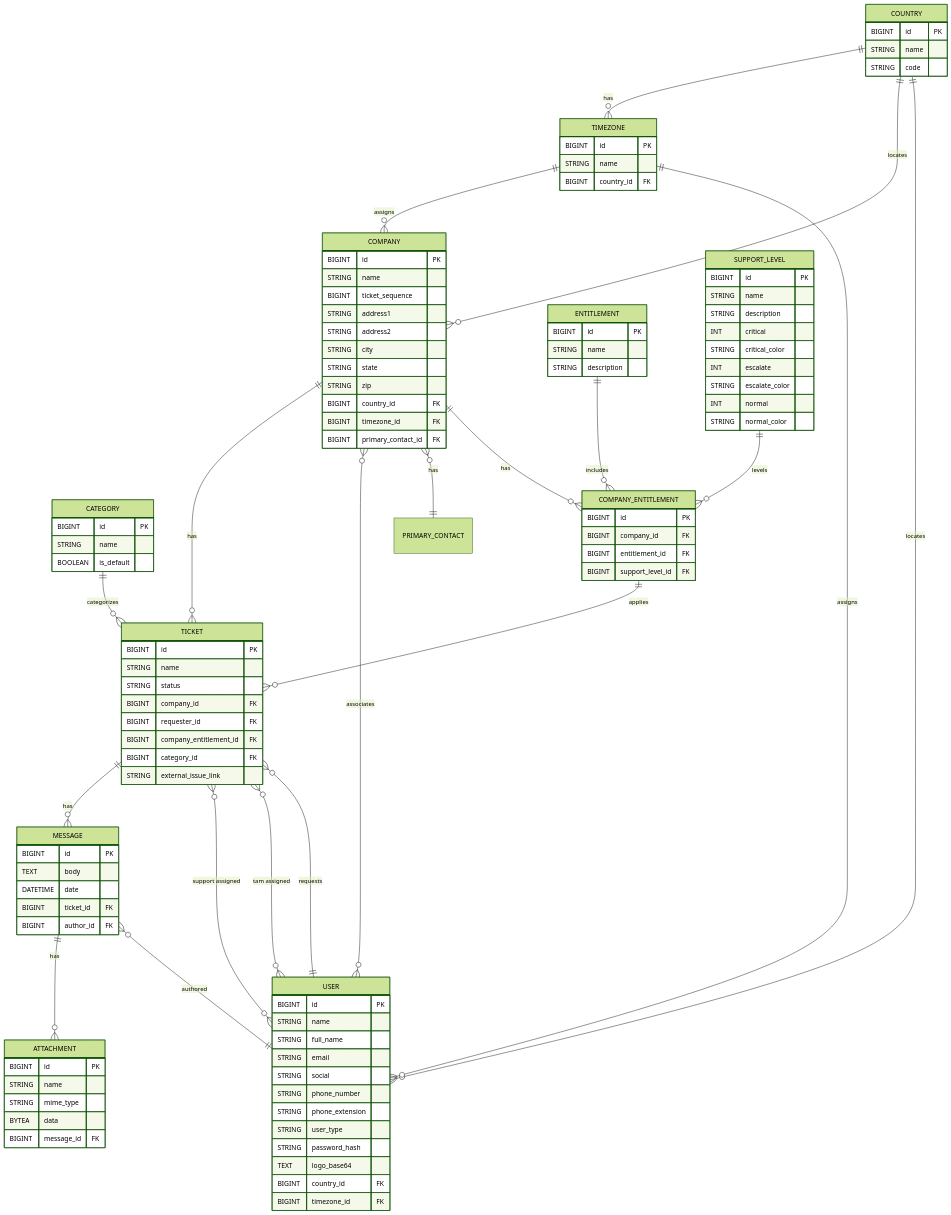
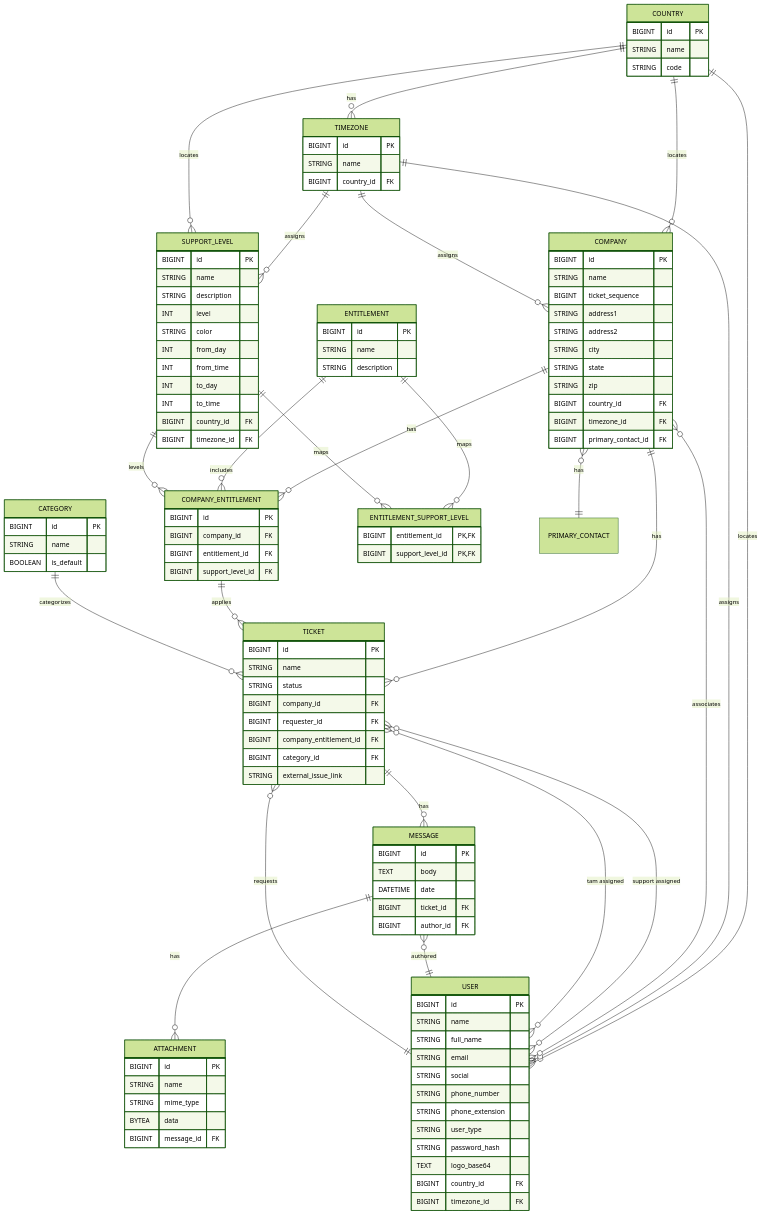
One commit to Hamza-Azeem/billetsys changed the diagram in doc/entity-diagram.md. Above: the diagram before and after it, drawn with Mermaid (forest theme). The commit also changed 16 other files, not shown here.

````diff
--- a/doc/entity-diagram.md
+++ b/doc/entity-diagram.md
@@ -88,12 +88,14 @@
         BIGINT id PK
         STRING name
         STRING description
-        INT critical
-        STRING critical_color
-        INT escalate
-        STRING escalate_color
-        INT normal
-        STRING normal_color
+        INT level
+        STRING color
+        INT from_day
+        INT from_time
+        INT to_day
+        INT to_time
+        BIGINT country_id FK
+        BIGINT timezone_id FK
     }
 
     CATEGORY {
@@ -109,11 +111,17 @@
         BIGINT support_level_id FK
     }
 
+    ENTITLEMENT_SUPPORT_LEVEL {
+        BIGINT entitlement_id PK, FK
+        BIGINT support_level_id PK, FK
+    }
+
     COUNTRY ||--o{ TIMEZONE : has
     COUNTRY ||--o{ COMPANY : locates
     COUNTRY ||--o{ USER : locates
     TIMEZONE ||--o{ COMPANY : assigns
     TIMEZONE ||--o{ USER : assigns
+    TIMEZONE ||--o{ SUPPORT_LEVEL : assigns
     COMPANY ||--o{ TICKET : has
     COMPANY }o--o{ USER : associates
     COMPANY }o--|| PRIMARY_CONTACT : has
@@ -125,7 +133,10 @@
     MESSAGE ||--o{ ATTACHMENT : has
     MESSAGE }o--|| USER : authored
     ENTITLEMENT ||--o{ COMPANY_ENTITLEMENT : includes
+    ENTITLEMENT ||--o{ ENTITLEMENT_SUPPORT_LEVEL : maps
+    COUNTRY ||--o{ SUPPORT_LEVEL : locates
     SUPPORT_LEVEL ||--o{ COMPANY_ENTITLEMENT : levels
+    SUPPORT_LEVEL ||--o{ ENTITLEMENT_SUPPORT_LEVEL : maps
     COMPANY_ENTITLEMENT ||--o{ TICKET : applies
     CATEGORY ||--o{ TICKET : categorizes
 ```
````
